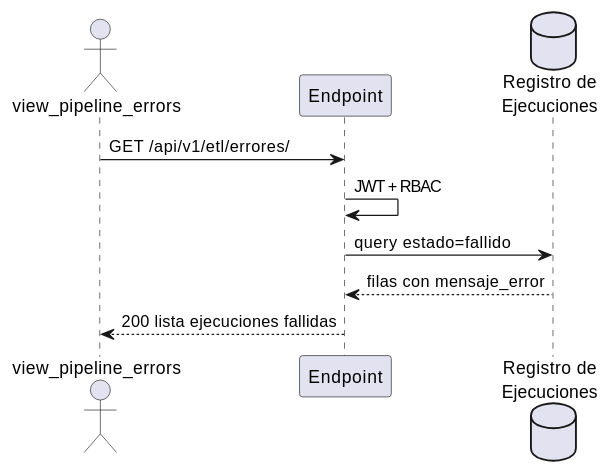
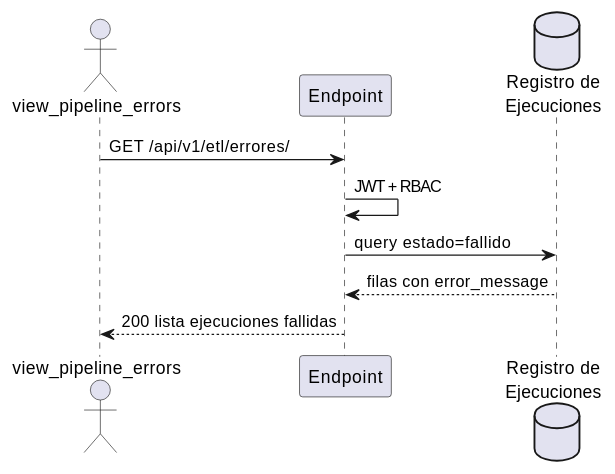
One commit to jcg-admin/IACT-docs changed the diagram in source/requisitos/casos-uso/pipeline/uc-pip-02/diagramas-uml/secuencia.rst. Above: the diagram before and after it, drawn with PlantUML. The commit also changed 96 other files, not shown here.

```diff
--- a/source/requisitos/casos-uso/pipeline/uc-pip-02/diagramas-uml/secuencia.rst
+++ b/source/requisitos/casos-uso/pipeline/uc-pip-02/diagramas-uml/secuencia.rst
@@ -4,12 +4,12 @@
 .. uml::
 
  @startuml
  actor "view_pipeline_errors" as view_pipeline_errors
  participant "Endpoint" as Endpoint
  database "Registro de\nEjecuciones" as RegistroDe
  view_pipeline_errors -> Endpoint: GET /api/v1/etl/errores/
  Endpoint -> Endpoint: JWT + RBAC
  Endpoint -> RegistroDe: query estado=fallido
- RegistroDe --> Endpoint: filas con mensaje_error
+ RegistroDe --> Endpoint: filas con error_message
  Endpoint --> view_pipeline_errors: 200 lista ejecuciones fallidas
  @enduml
```
